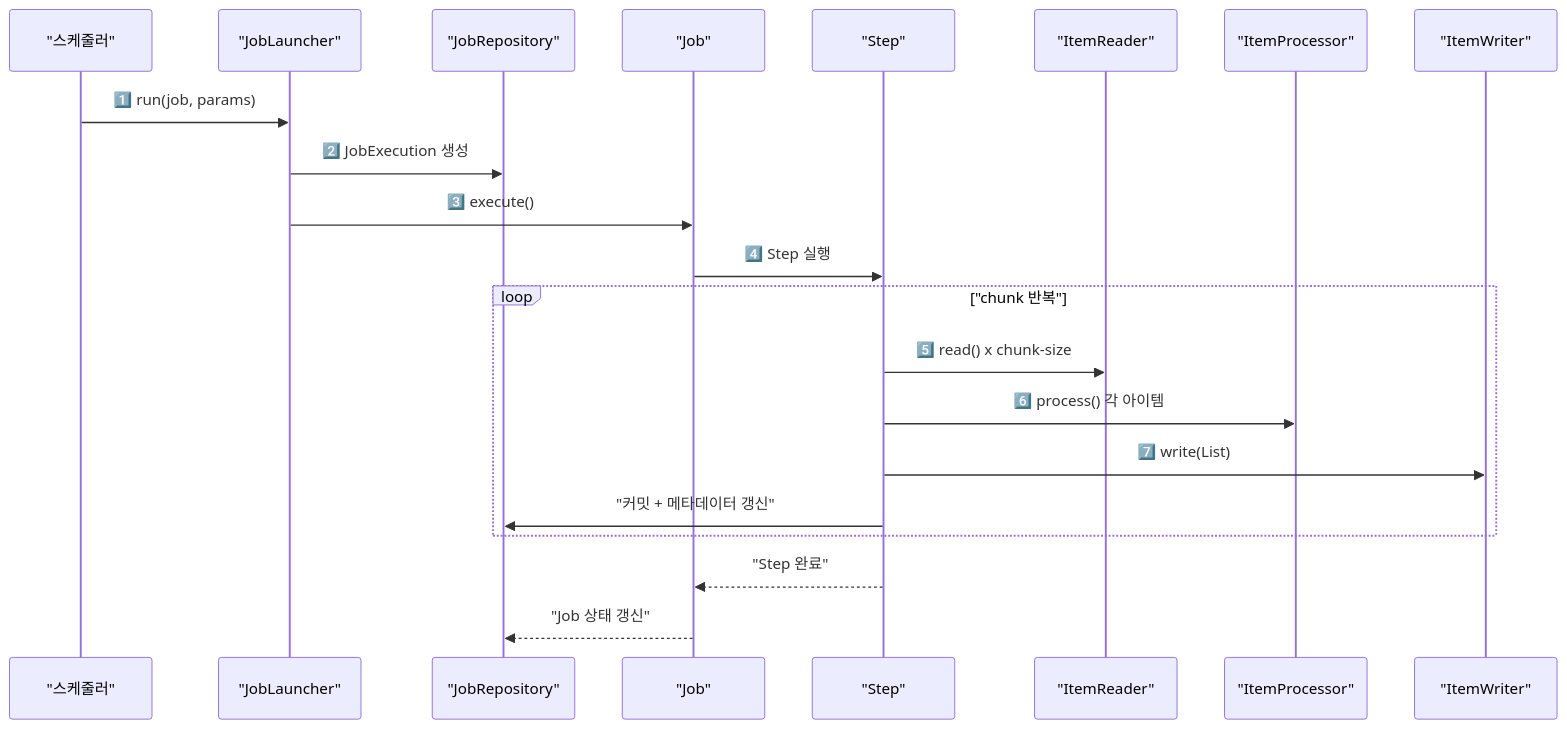
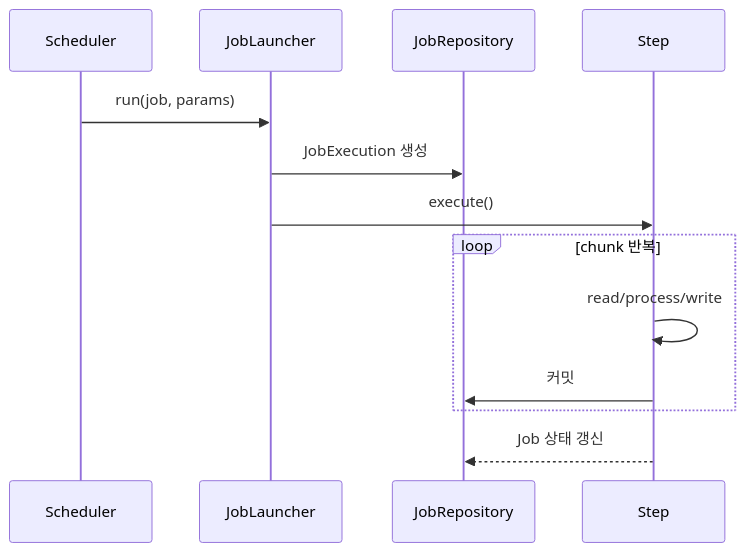
The fifth of 5 diagrams in _posts/batch/2026-05-03-spring-batch-fundamentals.md (yjkim2015/yjkim2015.github.io), drawn with Mermaid before and after one commit. The commit also changed other lines of this file and 215 other files, not shown here.

First line of the commit message:
신규 포스트 10개 추가 + Mermaid 전면 축소 + SystemDesign 시리즈 보강

````diff
--- a/_posts/batch/2026-05-03-spring-batch-fundamentals.md
+++ b/_posts/batch/2026-05-03-spring-batch-fundamentals.md
@@ -255,24 +234,15 @@
 ```mermaid
 sequenceDiagram
-    participant Scheduler as "스케줄러"
-    participant JL as "JobLauncher"
-    participant JR as "JobRepository"
-    participant Job as "Job"
-    participant Step as "Step"
-    participant Reader as "ItemReader"
-    participant Processor as "ItemProcessor"
-    participant Writer as "ItemWriter"
-
-    Scheduler->>JL: 1️⃣ run(job, params)
-    JL->>JR: 2️⃣ JobExecution 생성
-    JL->>Job: 3️⃣ execute()
-    Job->>Step: 4️⃣ Step 실행
-    loop "chunk 반복"
-        Step->>Reader: 5️⃣ read() x chunk-size
-        Step->>Processor: 6️⃣ process() 각 아이템
-        Step->>Writer: 7️⃣ write(List)
-        Step->>JR: "커밋 + 메타데이터 갱신"
+    participant SC as Scheduler
+    participant JL as JobLauncher
+    participant JR as JobRepository
+    participant ST as Step
+    SC->>JL: run(job, params)
+    JL->>JR: JobExecution 생성
+    JL->>ST: execute()
+    loop chunk 반복
+        ST->>ST: read/process/write
+        ST->>JR: 커밋
     end
-    Step-->>Job: "Step 완료"
-    Job-->>JR: "Job 상태 갱신"
+    ST-->>JR: Job 상태 갱신
 ```
````
